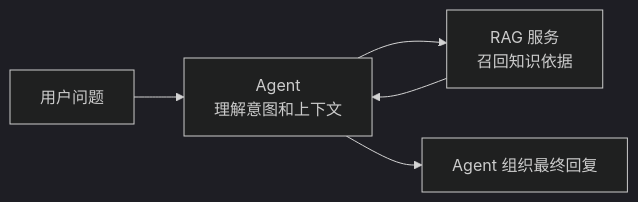
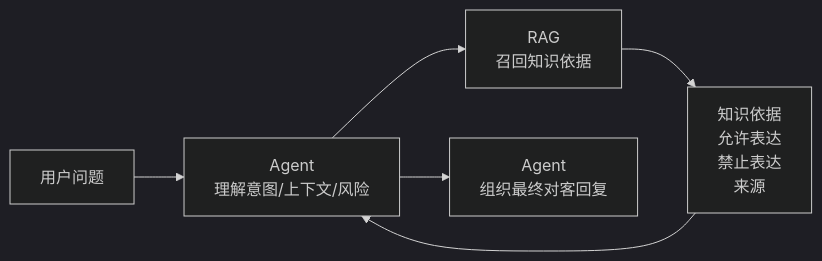
Before and after one commit to YYHRICH/dalizai-knowledge-rag-service: the first of 25 diagrams in docs/rag_service_design_report_v1.0.md, drawn with Mermaid (dark theme). The commit also changed other lines of this file, not shown here.

Commit message:
Refocus RAG design on knowledge governance

````diff
--- a/docs/rag_service_design_report_v1.0.md
+++ b/docs/rag_service_design_report_v1.0.md
@@ -9,7 +13,8 @@
 ```mermaid
 flowchart LR
-    U[用户问题] --> A[Agent<br/>理解意图和上下文]
-    A --> R[RAG 服务<br/>召回知识依据]
-    R --> A
-    A --> Reply[Agent 组织最终回复]
+    User[用户问题] --> Agent[Agent<br/>理解意图/上下文/风险]
+    Agent --> RAG[RAG<br/>召回知识依据]
+    RAG --> Evidence[知识依据<br/>允许表达<br/>禁止表达<br/>来源]
+    Evidence --> Agent
+    Agent --> Reply[Agent<br/>组织最终对客回复]
 ```
````
